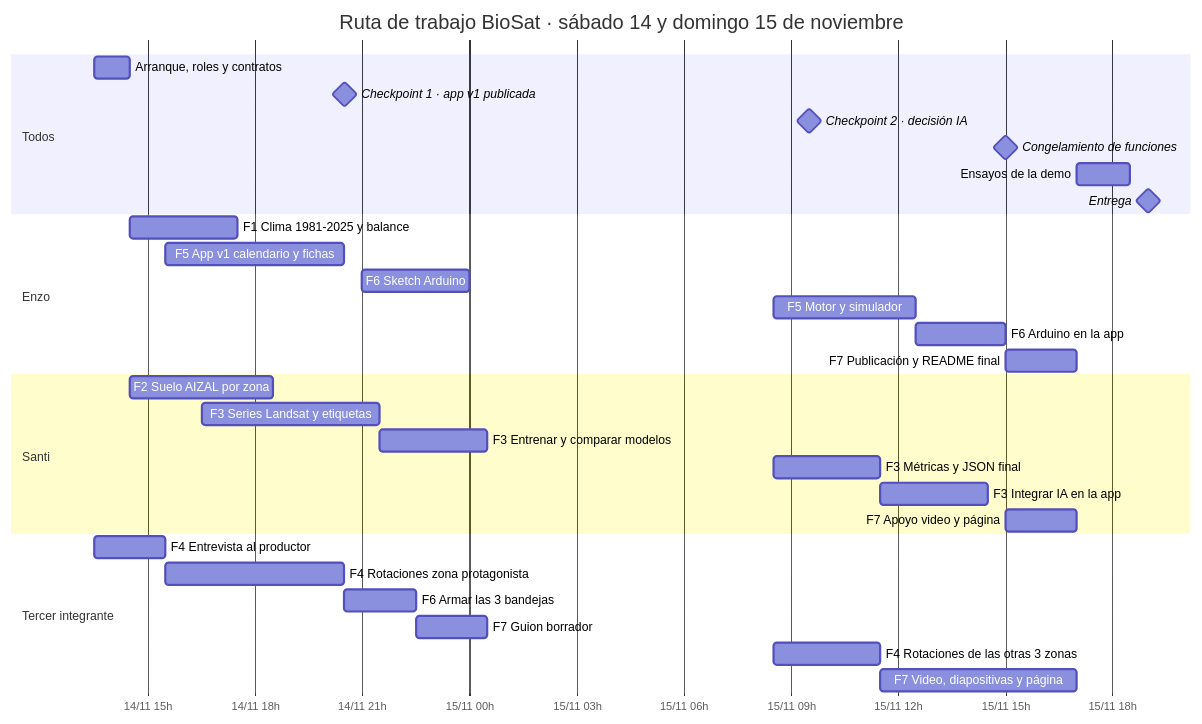
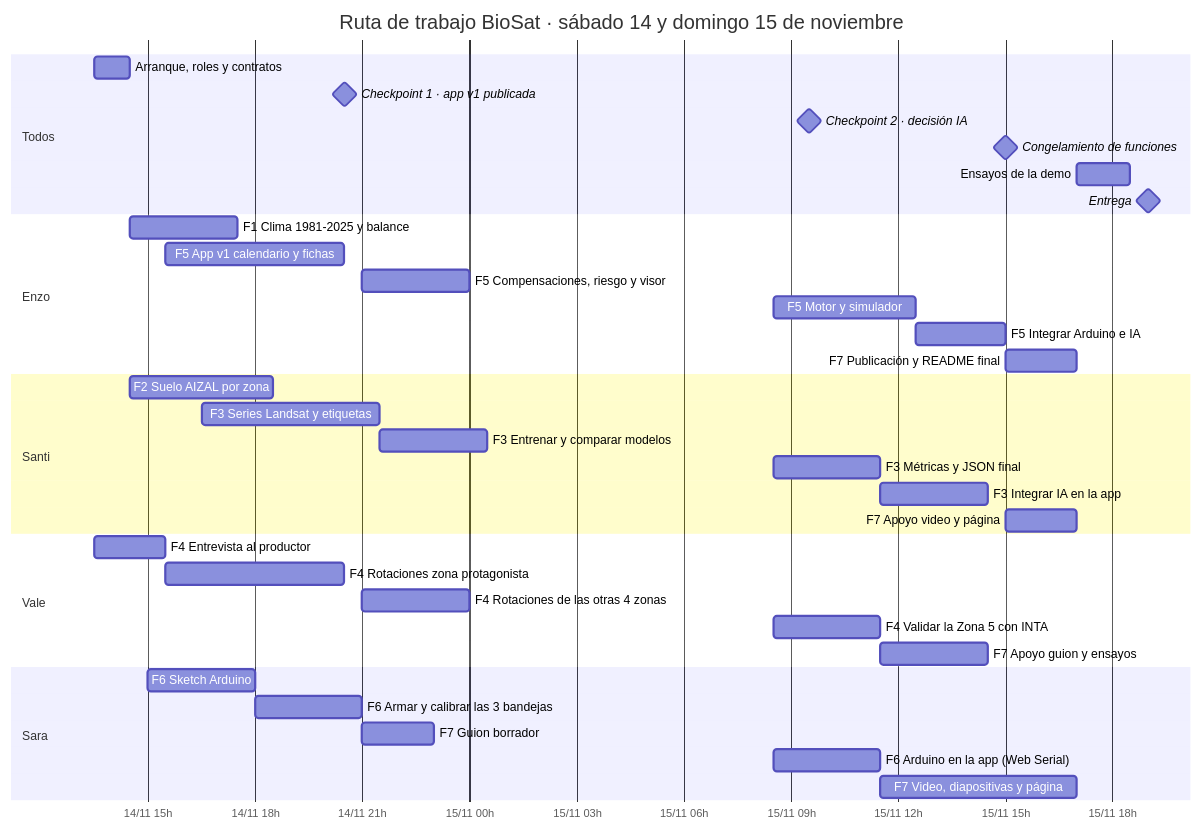
Before and after one commit to enzopazzelli/BioSat: the third of 3 diagrams in PLAN.md, drawn with Mermaid. The commit also changed other lines of this file and 4 other files, not shown here.

Commit message:
Actualizar integrantes del equipo: Enzo, Santi, Vale y Sara (D-22)

````diff
--- a/PLAN.md
+++ b/PLAN.md
@@ -115,39 +118,45 @@
 ```mermaid
 gantt
     title Ruta de trabajo BioSat · sábado 14 y domingo 15 de noviembre
     dateFormat YYYY-MM-DD HH:mm
     axisFormat %d/%m %Hh
     todayMarker off
 
     section Todos
     Arranque, roles y contratos         :t1, 2026-11-14 13:30, 1h
     Checkpoint 1 · app v1 publicada     :milestone, c1, 2026-11-14 20:30, 1m
     Checkpoint 2 · decisión IA          :milestone, c2, 2026-11-15 09:30, 1m
     Congelamiento de funciones          :milestone, c3, 2026-11-15 15:00, 1m
     Ensayos de la demo                  :t2, 2026-11-15 17:00, 90m
     Entrega                             :milestone, c4, 2026-11-15 19:00, 1m
 
     section Enzo
     F1 Clima 1981-2025 y balance        :e1, 2026-11-14 14:30, 3h
     F5 App v1 calendario y fichas       :e2, 2026-11-14 15:30, 5h
-    F6 Sketch Arduino                   :e3, 2026-11-14 21:00, 3h
+    F5 Compensaciones, riesgo y visor   :e3, 2026-11-14 21:00, 3h
     F5 Motor y simulador                :e4, 2026-11-15 08:30, 4h
-    F6 Arduino en la app                :e5, 2026-11-15 12:30, 150m
+    F5 Integrar Arduino e IA            :e5, 2026-11-15 12:30, 150m
     F7 Publicación y README final       :e6, 2026-11-15 15:00, 2h
 
     section Santi
     F2 Suelo AIZAL por zona             :s1, 2026-11-14 14:30, 4h
     F3 Series Landsat y etiquetas       :s2, 2026-11-14 16:30, 5h
     F3 Entrenar y comparar modelos      :s3, 2026-11-14 21:30, 3h
     F3 Métricas y JSON final            :s4, 2026-11-15 08:30, 3h
     F3 Integrar IA en la app            :s5, 2026-11-15 11:30, 3h
     F7 Apoyo video y página             :s6, 2026-11-15 15:00, 2h
 
-    section Tercer integrante
-    F4 Entrevista al productor          :a1, 2026-11-14 13:30, 2h
-    F4 Rotaciones zona protagonista     :a2, 2026-11-14 15:30, 5h
-    F6 Armar las 3 bandejas             :a3, 2026-11-14 20:30, 2h
-    F7 Guion borrador                   :a4, 2026-11-14 22:30, 2h
-    F4 Rotaciones de las otras 3 zonas  :a5, 2026-11-15 08:30, 3h
-    F7 Video, diapositivas y página     :a6, 2026-11-15 11:30, 330m
+    section Vale
+    F4 Entrevista al productor          :v1, 2026-11-14 13:30, 2h
+    F4 Rotaciones zona protagonista     :v2, 2026-11-14 15:30, 5h
+    F4 Rotaciones de las otras 4 zonas  :v3, 2026-11-14 21:00, 3h
+    F4 Validar la Zona 5 con INTA       :v4, 2026-11-15 08:30, 3h
+    F7 Apoyo guion y ensayos            :v5, 2026-11-15 11:30, 3h
+
+    section Sara
+    F6 Sketch Arduino                   :a1, 2026-11-14 15:00, 3h
+    F6 Armar y calibrar las 3 bandejas  :a2, 2026-11-14 18:00, 3h
+    F7 Guion borrador                   :a3, 2026-11-14 21:00, 2h
+    F6 Arduino en la app (Web Serial)   :a4, 2026-11-15 08:30, 3h
+    F7 Video, diapositivas y página     :a5, 2026-11-15 11:30, 330m
 ```
````
